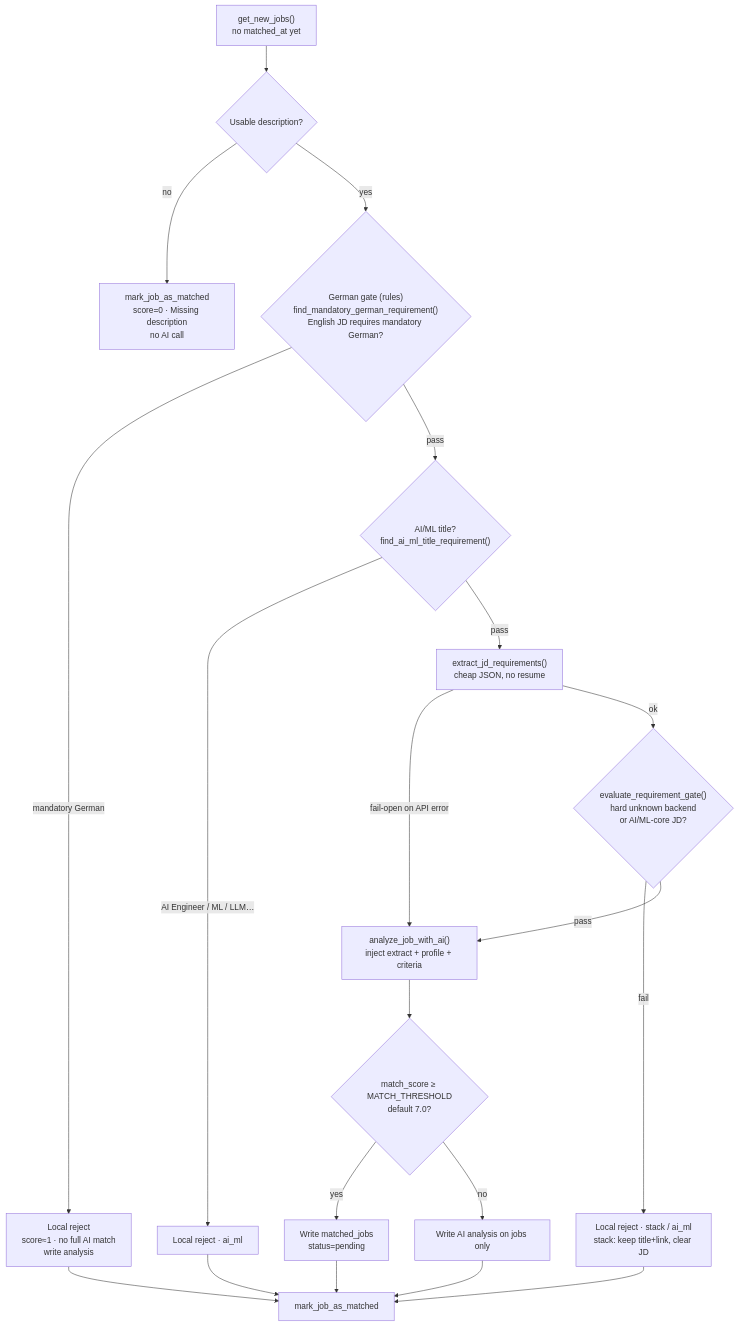
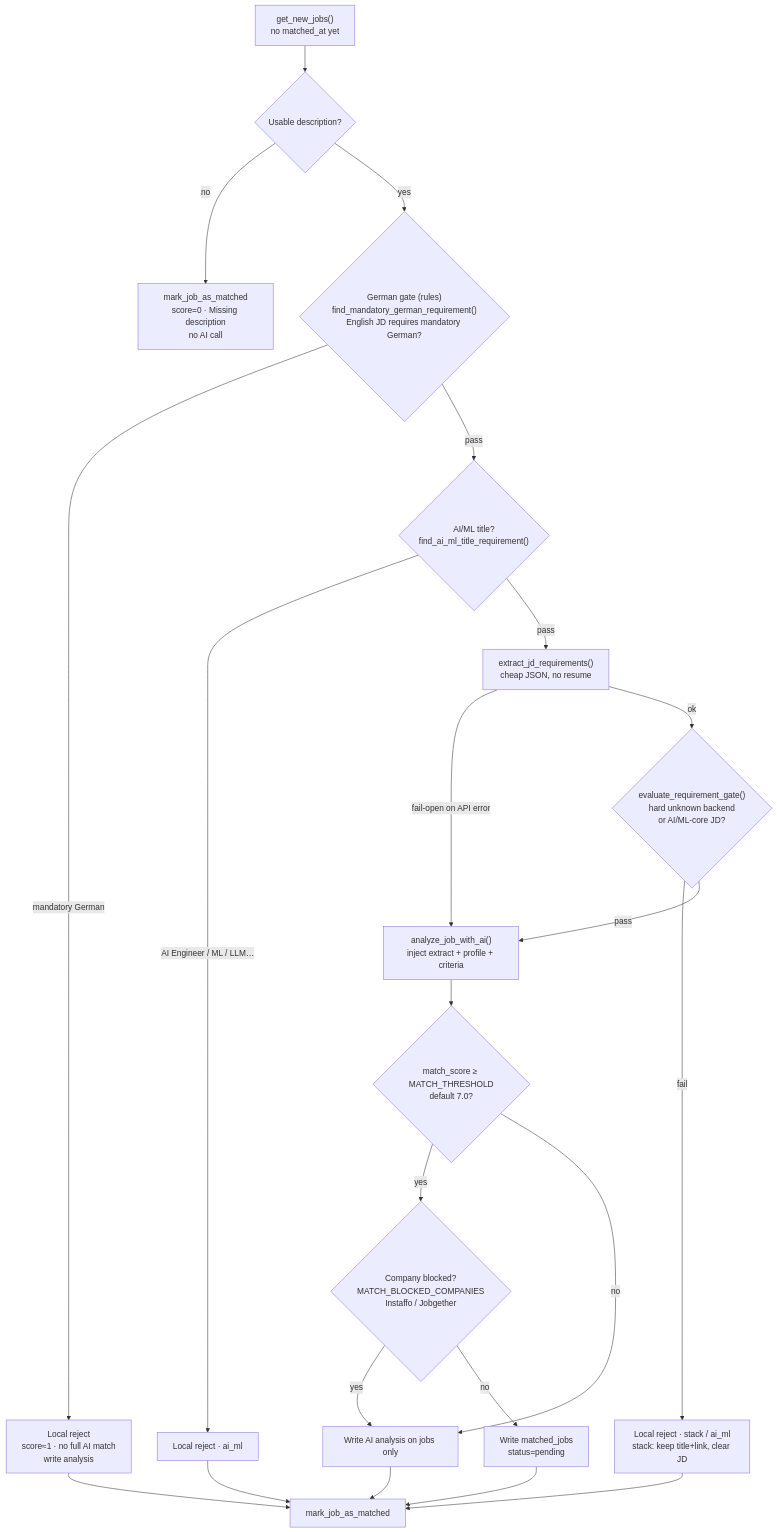
Before and after one commit to JialiNong/job_scraper: the fifth of 5 diagrams in docs/architecture.md, drawn with Mermaid. The commit also changed other lines of this file and 3 other files, not shown here.

First line of the commit message:
feat: skip Instaffo/Jobgether from matched_jobs Tracker

````diff
--- a/docs/architecture.md
+++ b/docs/architecture.md
@@ -292,27 +292,29 @@
 ```mermaid
 flowchart TD
     New["get_new_jobs()<br/>no matched_at yet"]
 
     New --> Empty{"Usable description?"}
     Empty -->|no| FailEmpty["mark_job_as_matched<br/>score=0 · Missing description<br/>no AI call"]
 
     Empty -->|yes| Gate{"German gate (rules)<br/>find_mandatory_german_requirement()<br/>English JD requires mandatory German?"}
 
     Gate -->|mandatory German| FailDE["Local reject<br/>score≈1 · no full AI match<br/>write analysis"]
     Gate -->|pass| TitleML{"AI/ML title?<br/>find_ai_ml_title_requirement()"}
     TitleML -->|AI Engineer / ML / LLM…| FailML["Local reject · ai_ml"]
     TitleML -->|pass| Extract["extract_jd_requirements()<br/>cheap JSON, no resume"]
     Extract -->|fail-open on API error| AI
     Extract -->|ok| ReqGate{"evaluate_requirement_gate()<br/>hard unknown backend<br/>or AI/ML-core JD?"}
     ReqGate -->|fail| FailStack["Local reject · stack / ai_ml<br/>stack: keep title+link, clear JD"]
     ReqGate -->|pass| AI["analyze_job_with_ai()<br/>inject extract + profile + criteria"]
 
     AI --> Score{"match_score ≥ MATCH_THRESHOLD<br/>default 7.0?"}
-    Score -->|yes| MJ["Write matched_jobs<br/>status=pending"]
-    Score -->|no| OnlyJobs["Write AI analysis on jobs only"]
+    Score -->|yes| Co{"Company blocked?<br/>MATCH_BLOCKED_COMPANIES<br/>Instaffo / Jobgether"}
+    Co -->|yes| OnlyJobs["Write AI analysis on jobs only"]
+    Co -->|no| MJ["Write matched_jobs<br/>status=pending"]
+    Score -->|no| OnlyJobs
     MJ --> Mark["mark_job_as_matched"]
     OnlyJobs --> Mark
     FailDE --> Mark
     FailML --> Mark
     FailStack --> Mark
 ```
````
